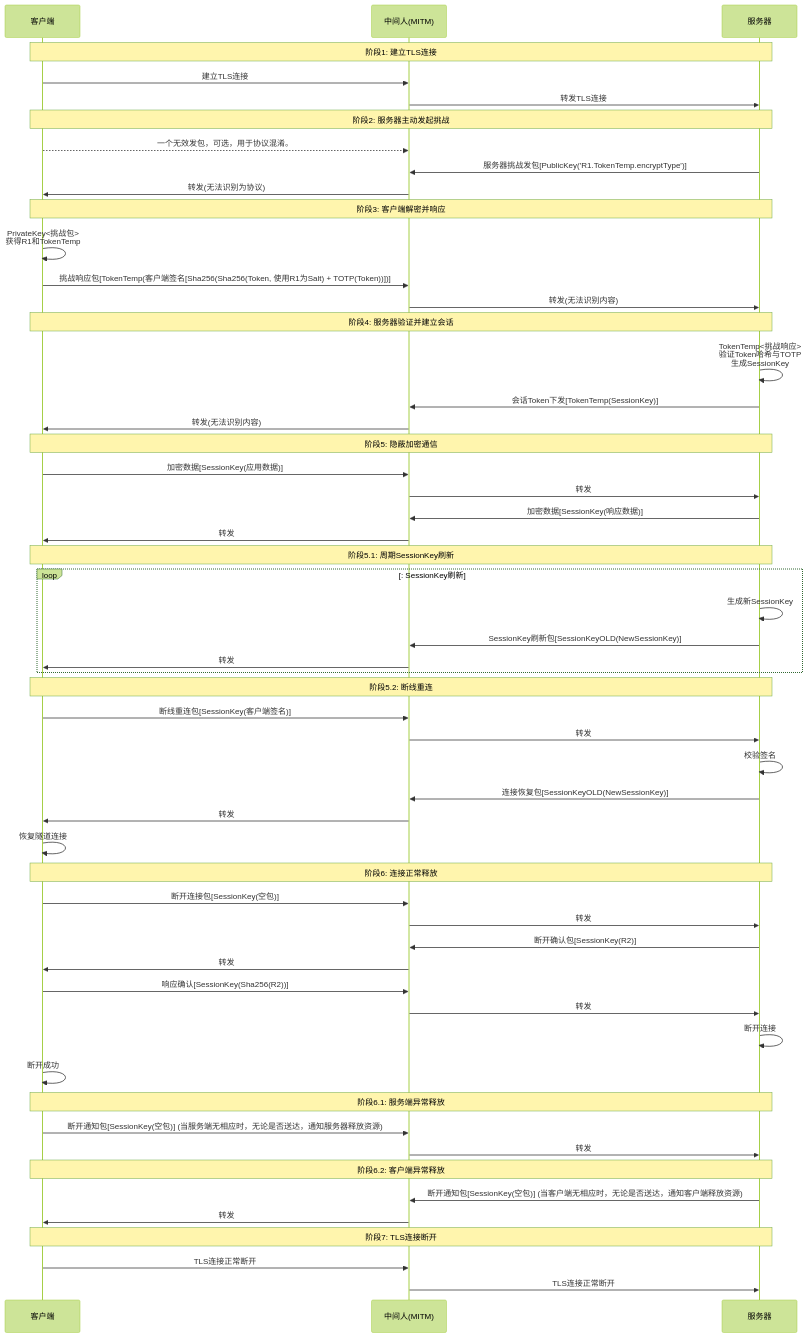
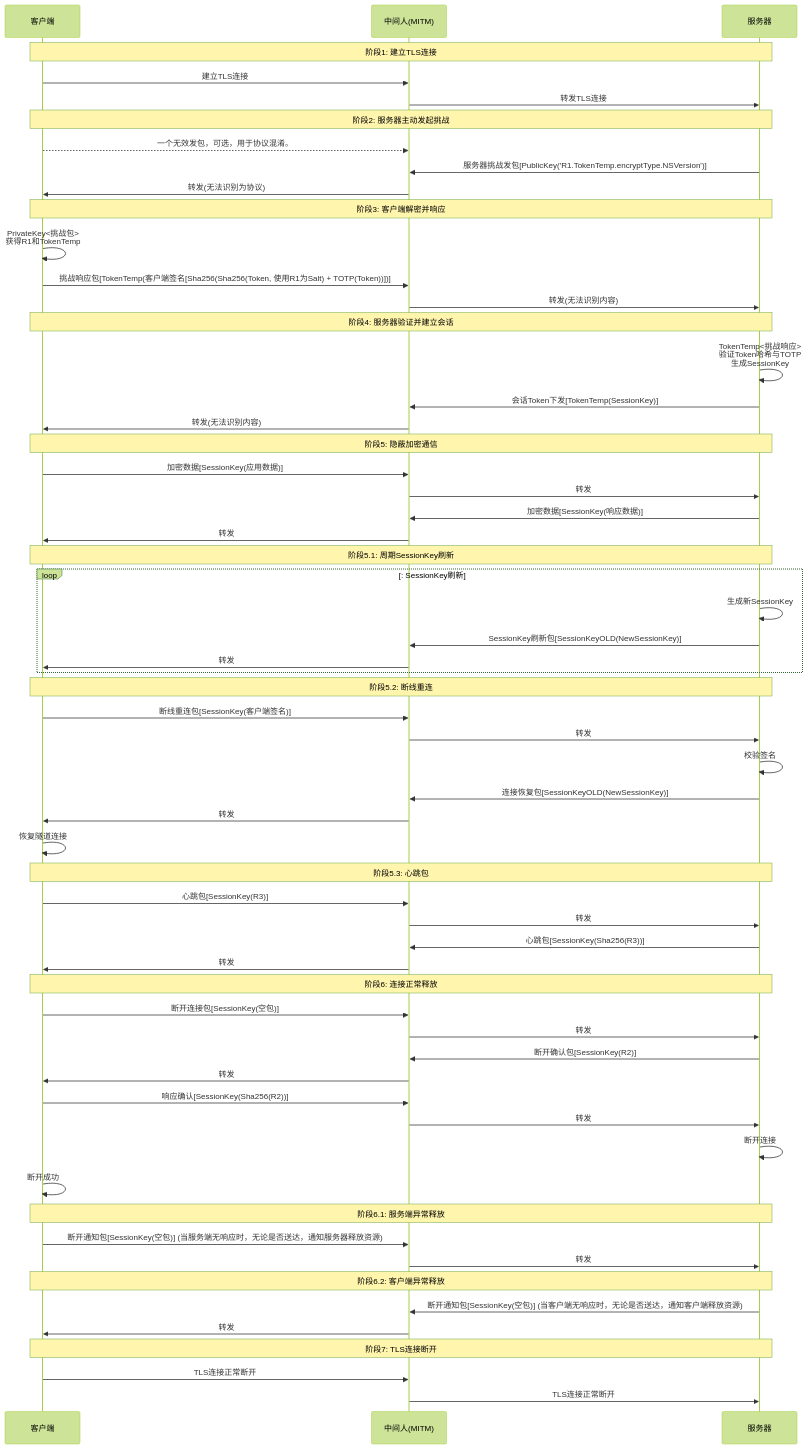
Before and after one commit to cube-open/NitroSocks: the diagram in docs/zhcn.md, drawn with Mermaid (forest theme). The commit also changed other lines of this file, not shown here.

````diff
--- a/docs/zhcn.md
+++ b/docs/zhcn.md
@@ -9,74 +19,76 @@
 ```mermaid
 sequenceDiagram
     participant C as 客户端
     participant M as 中间人(MITM)
     participant S as 服务器
 
     Note over C,S: 阶段1: 建立TLS连接
     C->>M: 建立TLS连接
     M->>S: 转发TLS连接
-    
+
     Note over C,S: 阶段2: 服务器主动发起挑战
     C-->>M: 一个无效发包，可选，用于协议混淆。
-    S->>M: 服务器挑战发包[PublicKey('R1.TokenTemp.encryptType')]
+    S->>M: 服务器挑战发包[PublicKey('R1.TokenTemp.encryptType.NSVersion')]
     M->>C: 转发(无法识别为协议)
-    
+
     Note over C,S: 阶段3: 客户端解密并响应
     C->>C: PrivateKey<挑战包><br>获得R1和TokenTemp
     C->>M: 挑战响应包[TokenTemp(客户端签名[Sha256(Sha256(Token, 使用R1为Salt) + TOTP(Token))])]
     M->>S: 转发(无法识别内容)
-    
+
     Note over C,S: 阶段4: 服务器验证并建立会话
     S->>S: TokenTemp<挑战响应><br>验证Token哈希与TOTP<br>生成SessionKey
     S->>M: 会话Token下发[TokenTemp(SessionKey)]
     M->>C: 转发(无法识别内容)
-    
+
     Note over C,S: 阶段5: 隐蔽加密通信
     C->>M: 加密数据[SessionKey(应用数据)]
     M->>S: 转发
     S->>M: 加密数据[SessionKey(响应数据)]
     M->>C: 转发
 
     Note over C,S: 阶段5.1: 周期SessionKey刷新
     loop: SessionKey刷新
     S->>S: 生成新SessionKey
     S->>M: SessionKey刷新包[SessionKeyOLD(NewSessionKey)]
     M->>C: 转发
     End
 
     Note over C,S: 阶段5.2: 断线重连
     C->>M: 断线重连包[SessionKey(客户端签名)]
     M->>S: 转发
     S->>S: 校验签名
     S->>M: 连接恢复包[SessionKeyOLD(NewSessionKey)]
     M->>C: 转发
     C->>C: 恢复隧道连接
 
+    Note over C,S: 阶段5.3: 心跳包
+    C->>M: 心跳包[SessionKey(R3)]
+    M->>S: 转发
+    S->>M: 心跳包[SessionKey(Sha256(R3))]
+    M->>C: 转发
+
     Note over C,S: 阶段6: 连接正常释放
     C->>M: 断开连接包[SessionKey(空包)]
     M->>S: 转发
     S->>M: 断开确认包[SessionKey(R2)]
     M->>C: 转发
     C->>M: 响应确认[SessionKey(Sha256(R2))]
     M->>S: 转发
     S->>S: 断开连接
     C->>C: 断开成功
 
     Note over C,S: 阶段6.1: 服务端异常释放
-    C->>M: 断开通知包[SessionKey(空包)] (当服务端无相应时，无论是否送达，通知服务器释放资源)
+    C->>M: 断开通知包[SessionKey(空包)] (当服务端无响应时，无论是否送达，通知服务器释放资源)
     M->>S: 转发
-    
+
     Note over C,S: 阶段6.2: 客户端异常释放
-    S->>M: 断开通知包[SessionKey(空包)] (当客户端无相应时，无论是否送达，通知客户端释放资源)
+    S->>M: 断开通知包[SessionKey(空包)] (当客户端无响应时，无论是否送达，通知客户端释放资源)
     M->>C: 转发
 
 
     Note over C,S: 阶段7: TLS连接断开
     C->>M: TLS连接正常断开
     M->>S: TLS连接正常断开
 
-
-    
-
-  
 ```
````
